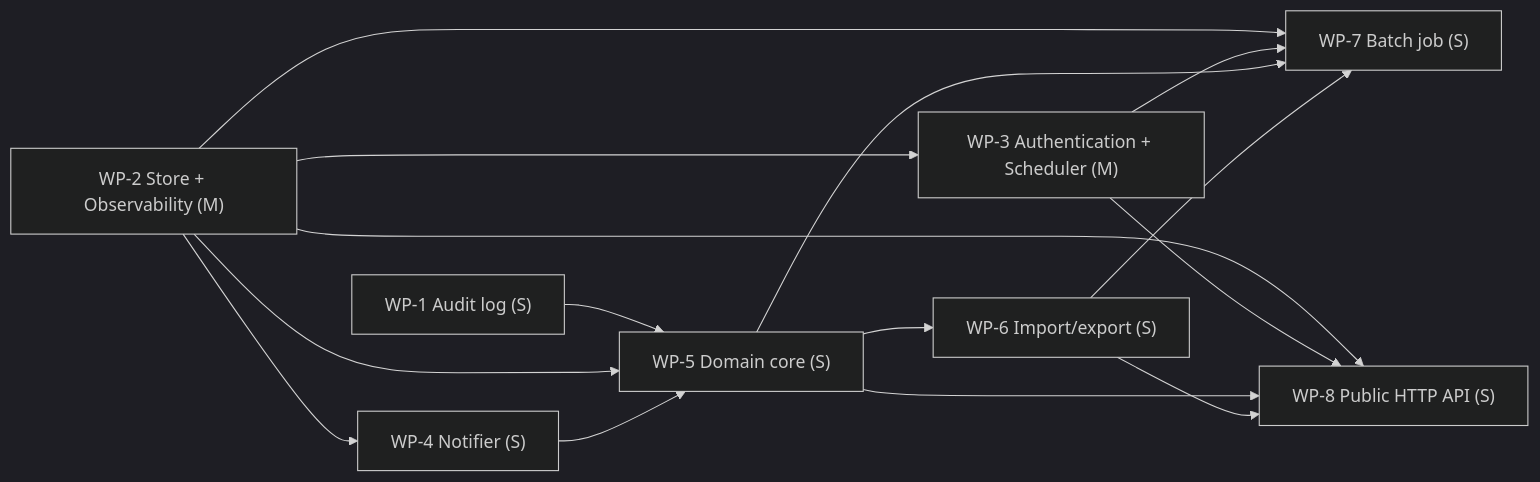
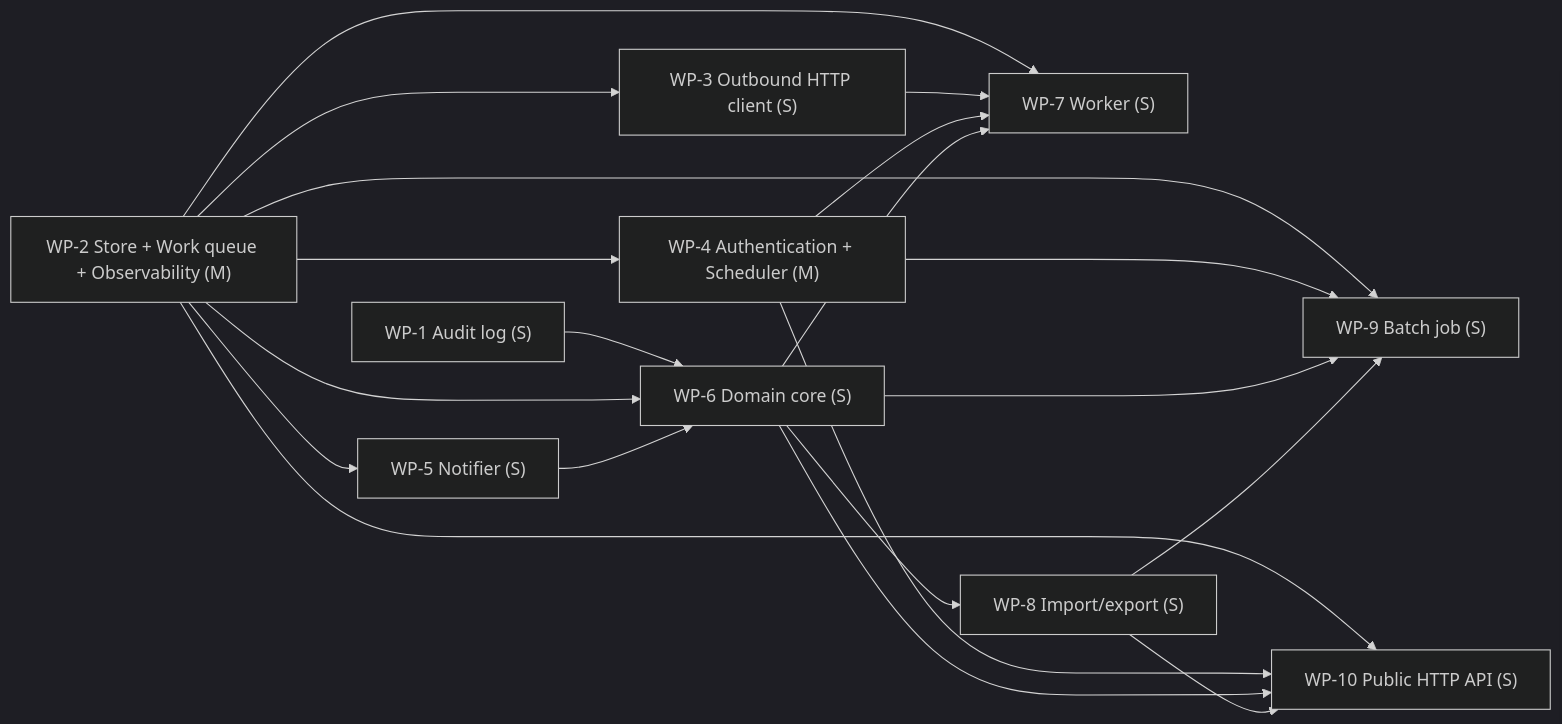
Before and after one commit to yui9696/sekkei: the fifth of 5 diagrams in examples/minimal/DESIGN.md, drawn with Mermaid (dark theme). The commit also changed other lines of this file and 61 other files, not shown here.

````diff
--- a/examples/minimal/DESIGN.md
+++ b/examples/minimal/DESIGN.md
@@ -696,25 +906,32 @@
 ```mermaid
 graph LR
   WP_1["WP-1 Audit log (S)"]
-  WP_2["WP-2 Store + Observability (M)"]
-  WP_3["WP-3 Authentication + Scheduler (M)"]
-  WP_4["WP-4 Notifier (S)"]
-  WP_5["WP-5 Domain core (S)"]
-  WP_6["WP-6 Import/export (S)"]
-  WP_7["WP-7 Batch job (S)"]
-  WP_8["WP-8 Public HTTP API (S)"]
+  WP_2["WP-2 Store + Work queue + Observability (M)"]
+  WP_3["WP-3 Outbound HTTP client (S)"]
+  WP_4["WP-4 Authentication + Scheduler (M)"]
+  WP_5["WP-5 Notifier (S)"]
+  WP_6["WP-6 Domain core (S)"]
+  WP_7["WP-7 Worker (S)"]
+  WP_8["WP-8 Import/export (S)"]
+  WP_9["WP-9 Batch job (S)"]
+  WP_10["WP-10 Public HTTP API (S)"]
   WP_2 --> WP_3
   WP_2 --> WP_4
-  WP_1 --> WP_5
   WP_2 --> WP_5
-  WP_4 --> WP_5
+  WP_1 --> WP_6
+  WP_2 --> WP_6
   WP_5 --> WP_6
   WP_2 --> WP_7
   WP_3 --> WP_7
-  WP_5 --> WP_7
+  WP_4 --> WP_7
   WP_6 --> WP_7
-  WP_2 --> WP_8
-  WP_3 --> WP_8
-  WP_5 --> WP_8
   WP_6 --> WP_8
+  WP_2 --> WP_9
+  WP_4 --> WP_9
+  WP_6 --> WP_9
+  WP_8 --> WP_9
+  WP_2 --> WP_10
+  WP_4 --> WP_10
+  WP_6 --> WP_10
+  WP_8 --> WP_10
 ```
````
